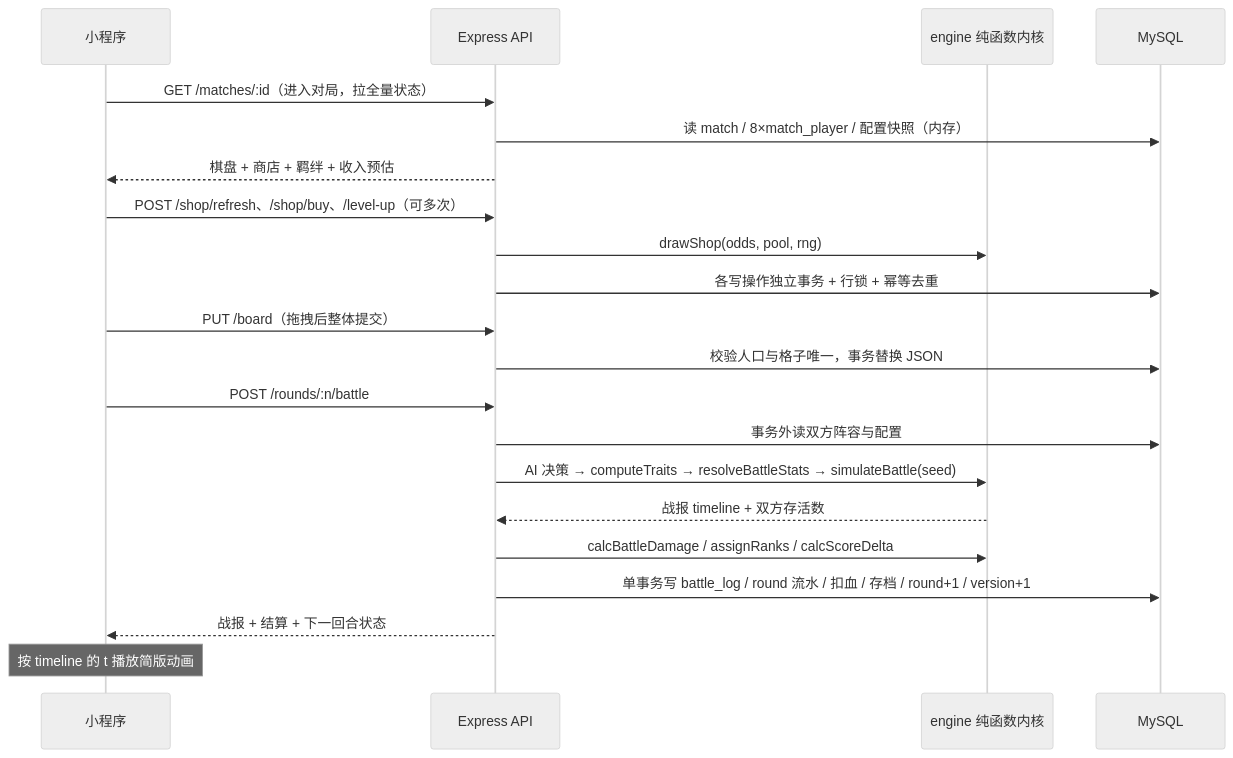
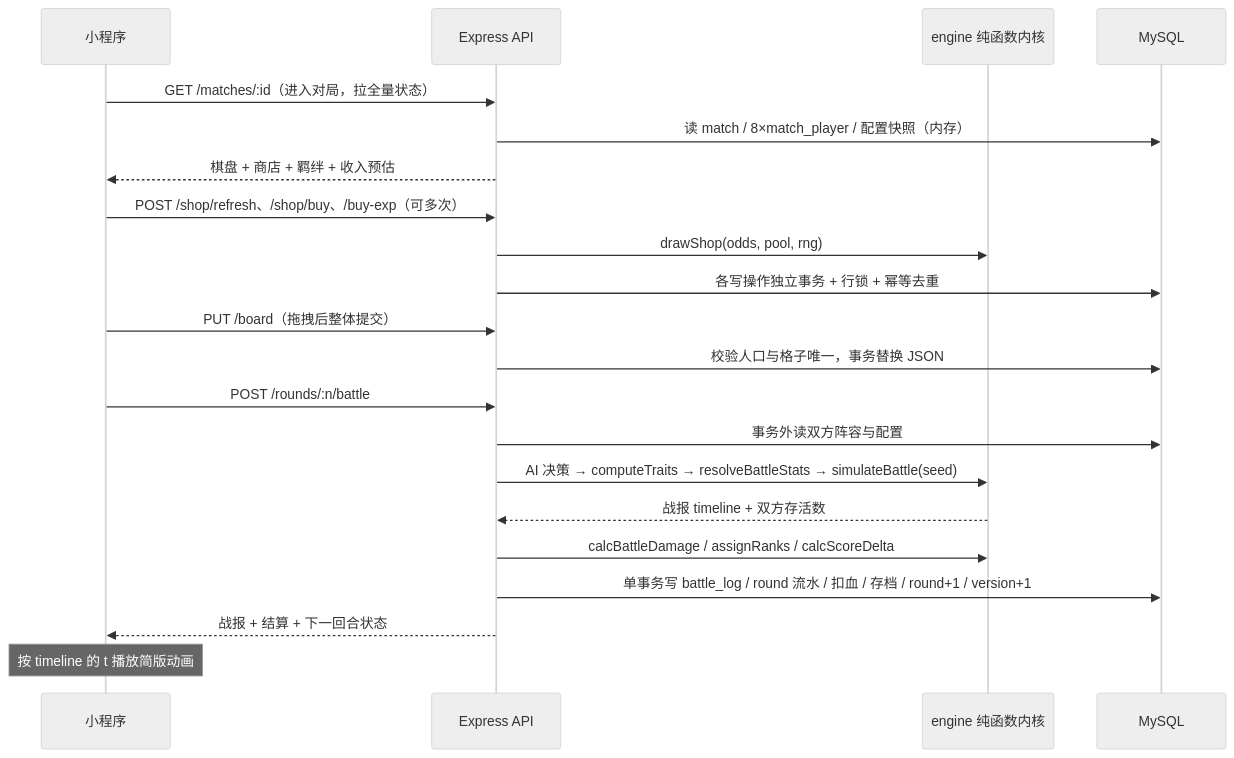
One commit to qiqiqi-aYu/yi-ling-jue changed the diagram in docs/02-后端接口清单.md. Above: the diagram before and after it, drawn with Mermaid (neutral theme). The commit also changed other lines of this file and 9 other files, not shown here.

First line of the commit message:
弈灵诀：废弃 /level-up，统一 buy-exp 买经验口径

````diff
--- a/docs/02-后端接口清单.md
+++ b/docs/02-后端接口清单.md
@@ -314,24 +359,24 @@
 ```mermaid
 sequenceDiagram
     participant C as 小程序
     participant S as Express API
     participant E as engine 纯函数内核
     participant D as MySQL
 
     C->>S: GET /matches/:id（进入对局，拉全量状态）
     S->>D: 读 match / 8×match_player / 配置快照（内存）
     S-->>C: 棋盘 + 商店 + 羁绊 + 收入预估
-    C->>S: POST /shop/refresh、/shop/buy、/level-up（可多次）
+    C->>S: POST /shop/refresh、/shop/buy、/buy-exp（可多次）
     S->>E: drawShop(odds, pool, rng)
     S->>D: 各写操作独立事务 + 行锁 + 幂等去重
     C->>S: PUT /board（拖拽后整体提交）
     S->>D: 校验人口与格子唯一，事务替换 JSON
     C->>S: POST /rounds/:n/battle
     S->>D: 事务外读双方阵容与配置
     S->>E: AI 决策 → computeTraits → resolveBattleStats → simulateBattle(seed)
     E-->>S: 战报 timeline + 双方存活数
     S->>E: calcBattleDamage / assignRanks / calcScoreDelta
     S->>D: 单事务写 battle_log / round 流水 / 扣血 / 存档 / round+1 / version+1
     S-->>C: 战报 + 结算 + 下一回合状态
     Note over C: 按 timeline 的 t 播放简版动画
 ```
````
